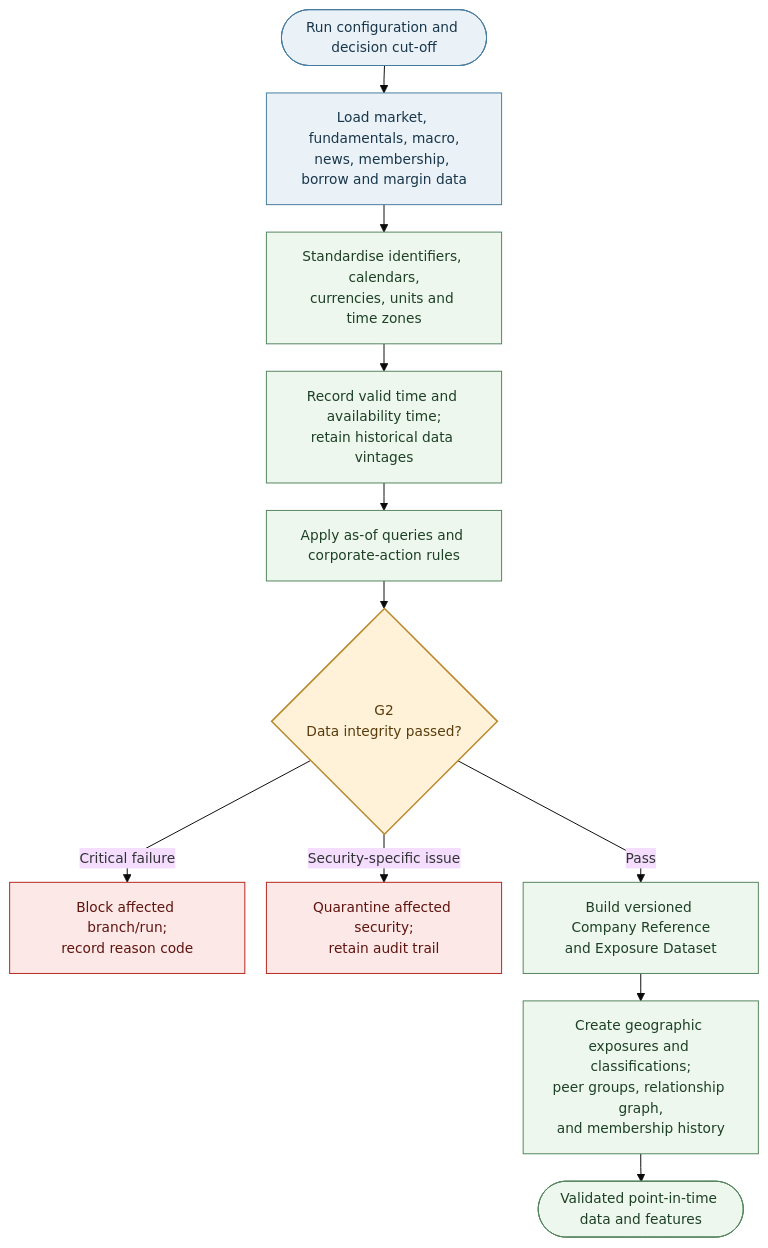
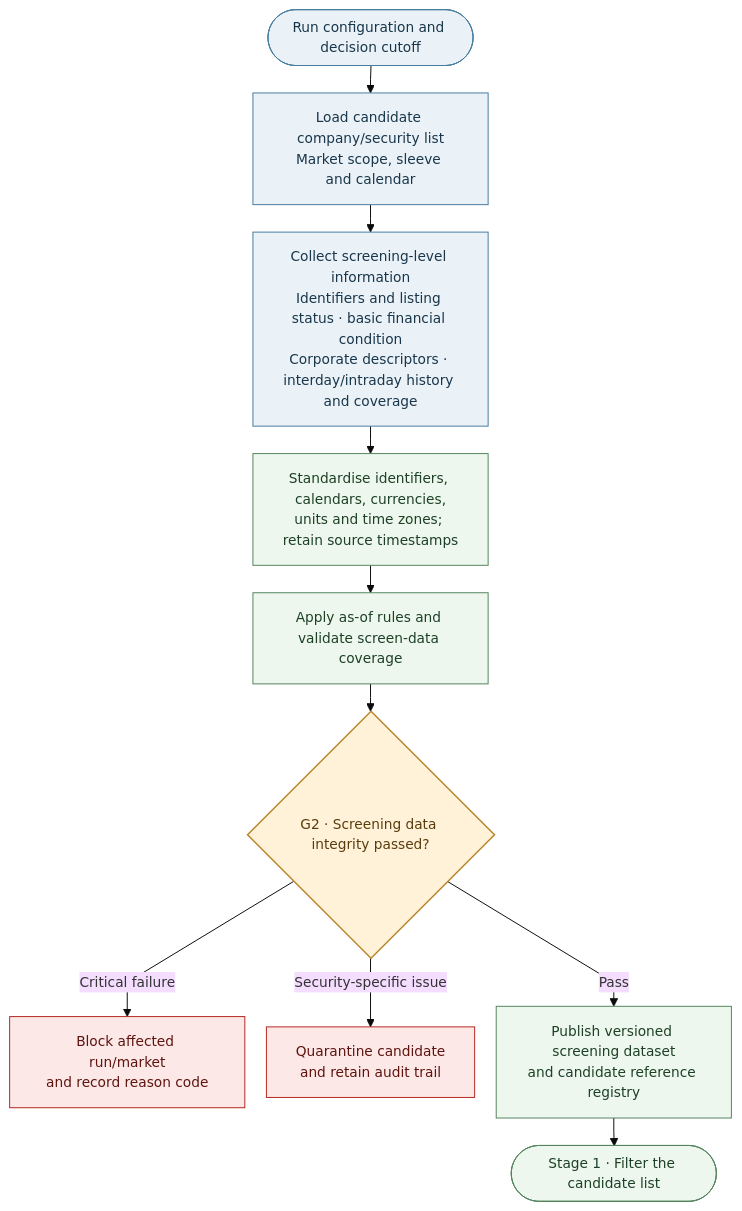
The fourth of 15 diagrams in docs/AQP OVERVIEW.md (dannysilverio6-creator/AQP---LSEG), drawn with Mermaid before and after one commit. The commit also changed other lines of this file, not shown here.

````diff
--- a/docs/AQP OVERVIEW.md
+++ b/docs/AQP OVERVIEW.md
@@ -260,27 +288,21 @@
 ```mermaid
 %%{init: {"theme": "base", "flowchart": {"nodeSpacing": 22, "rankSpacing": 28, "wrappingWidth": 180, "diagramPadding": 18, "curve": "linear"}, "themeVariables": {"fontSize": "14px"}}}%%
 flowchart TB
-    A([Run configuration and decision cut-off])
-    B["Load market, fundamentals, macro,<br/>news, membership, borrow and margin data"]
-    C["Standardise identifiers, calendars,<br/>currencies, units and time zones"]
-    D["Record valid time and availability time;<br/>retain historical data vintages"]
-    E["Apply as-of queries and corporate-action rules"]
-    F{G2<br/>Data integrity passed?}
-    G["Block affected branch/run;<br/>record reason code"]
-    H["Quarantine affected security;<br/>retain audit trail"]
-    I["Build versioned Company Reference<br/>and Exposure Dataset"]
-    J["Create geographic exposures and classifications;<br/>peer groups, relationship graph,<br/>and membership history"]
-    K([Validated point-in-time data and features])
-    A --> B --> C --> D --> E --> F
-    F -->|Critical failure| G
-    F -->|Security-specific issue| H
-    F -->|Pass| I --> J --> K
+    A([Run configuration and decision cutoff]) --> B["Load candidate company/security list<br/>Market scope, sleeve and calendar"]
+    B --> C["Collect screening-level information<br/>Identifiers and listing status · basic financial condition<br/>Corporate descriptors · interday/intraday history and coverage"]
+    C --> D["Standardise identifiers, calendars, currencies,<br/>units and time zones; retain source timestamps"]
+    D --> E["Apply as-of rules and validate screen-data coverage"]
+    E --> F{G2 · Screening data integrity passed?}
+    F -->|Critical failure| X["Block affected run/market<br/>and record reason code"]
+    F -->|Security-specific issue| Q["Quarantine candidate<br/>and retain audit trail"]
+    F -->|Pass| R["Publish versioned screening dataset<br/>and candidate reference registry"]
+    R --> S([Stage 1 · Filter the candidate list])
     classDef input fill:#eaf2f8,stroke:#477b9e,color:#19364a;
     classDef process fill:#edf7ed,stroke:#54845e,color:#1d4026;
     classDef gate fill:#fff2d9,stroke:#b9862b,color:#593c0c,stroke-width:1.5px;
     classDef stop fill:#fce8e6,stroke:#b3261e,color:#5f1410;
-    class A,B input;
-    class C,D,E,I,J,K process;
+    class A,B,C input;
+    class D,E,R,S process;
     class F gate;
-    class G,H stop;
+    class X,Q stop;
 ```
````
